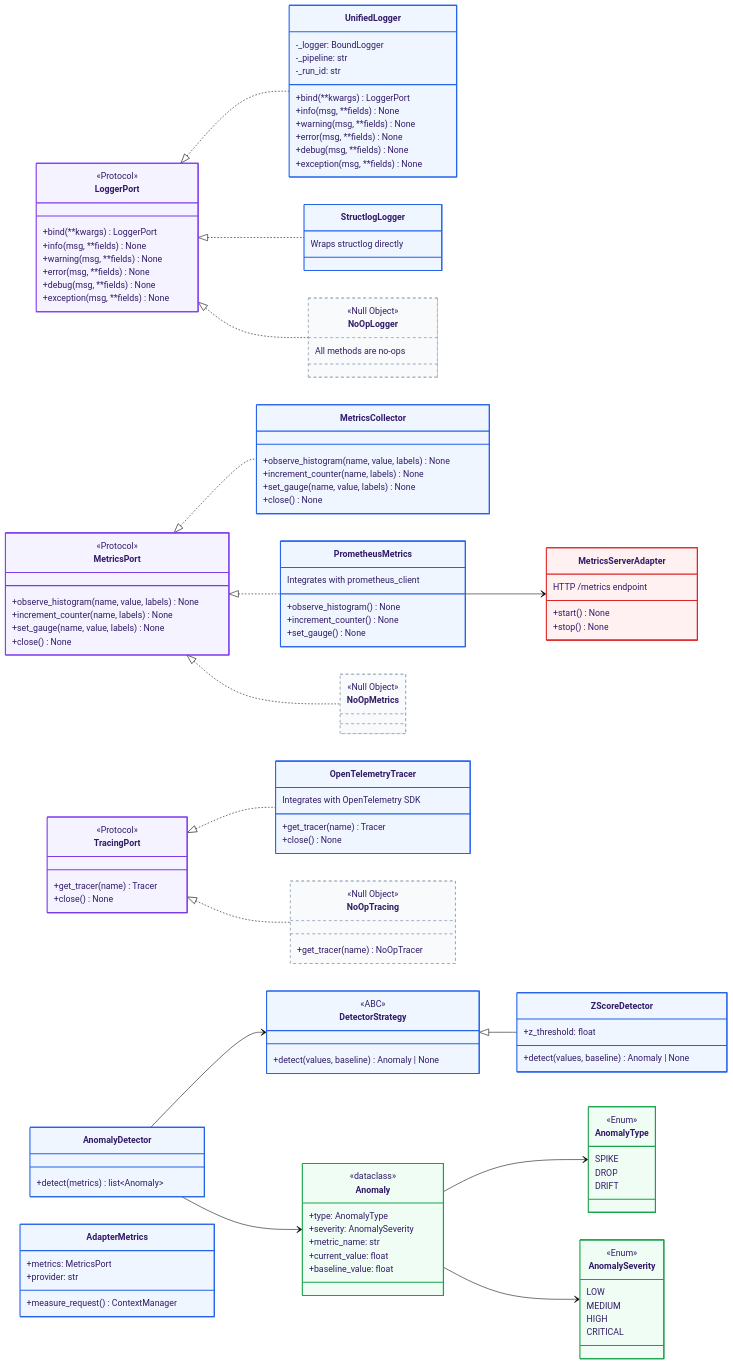
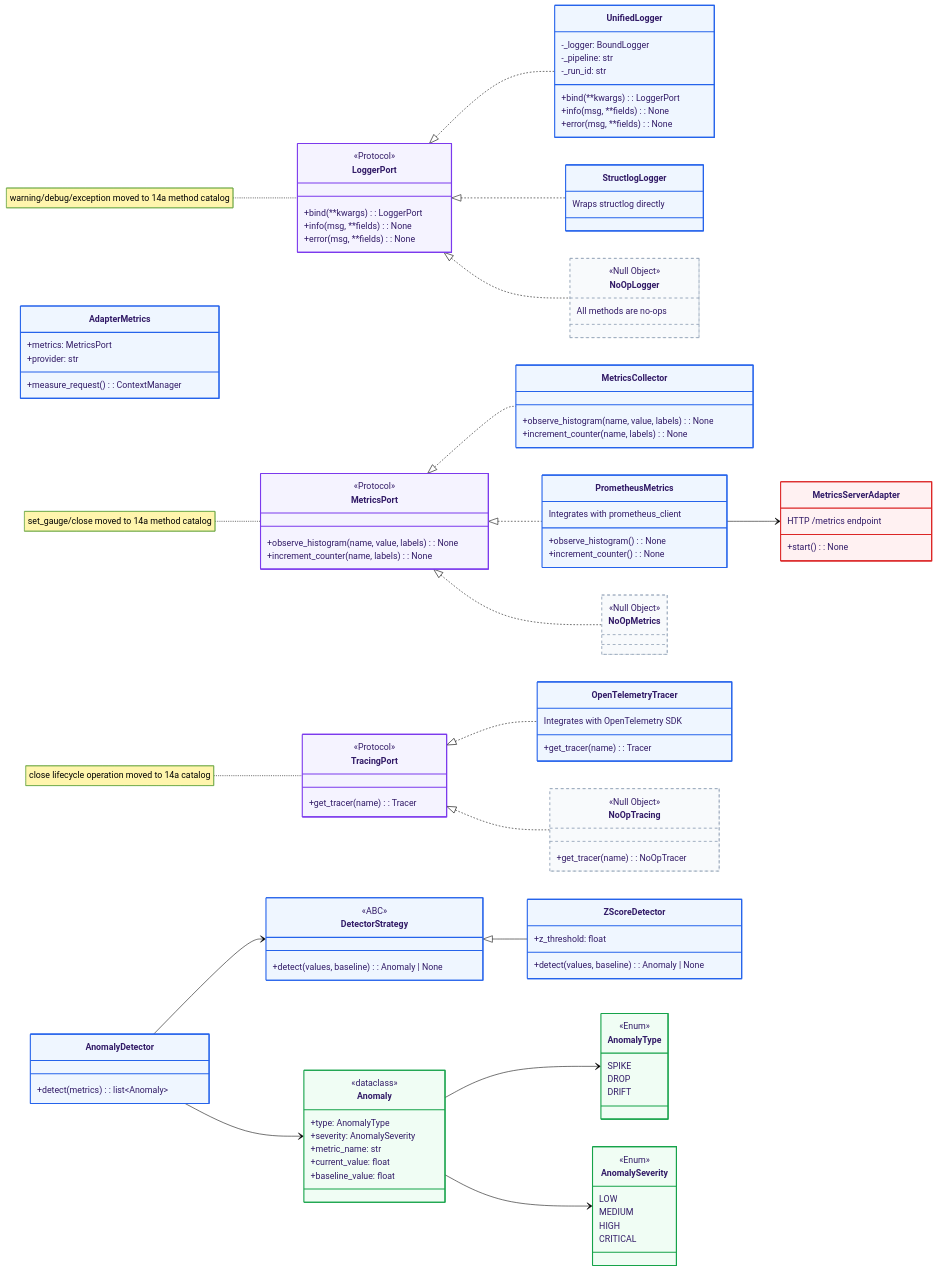
The diagram in docs/02-architecture/mmd-diagrams/class-diagrams/14-observability.mmd (SatoryKono/BioactivityDataAcquisition), drawn with Mermaid (forest theme) before and after one commit. The commit also changed 27 other files, not shown here.

```diff
--- a/docs/02-architecture/mmd-diagrams/class-diagrams/14-observability.mmd
+++ b/docs/02-architecture/mmd-diagrams/class-diagrams/14-observability.mmd
@@ -11,12 +11,9 @@
     direction LR
     class LoggerPort {
         <<Protocol>>
-        +bind(**kwargs) LoggerPort
-        +info(msg, **fields) None
-        +warning(msg, **fields) None
-        +error(msg, **fields) None
-        +debug(msg, **fields) None
-        +exception(msg, **fields) None
+        +bind(**kwargs): LoggerPort
+        +info(msg, **fields): None
+        +error(msg, **fields): None
         
         
     }
@@ -25,12 +22,9 @@
         -_logger: BoundLogger
         -_pipeline: str
         -_run_id: str
-        +bind(**kwargs) LoggerPort
-        +info(msg, **fields) None
-        +warning(msg, **fields) None
-        +error(msg, **fields) None
-        +debug(msg, **fields) None
-        +exception(msg, **fields) None
+        +bind(**kwargs): LoggerPort
+        +info(msg, **fields): None
+        +error(msg, **fields): None
     }
 
     class StructlogLogger {
@@ -59,10 +53,8 @@
 
     class MetricsPort {
         <<Protocol>>
-        +observe_histogram(name, value, labels) None
-        +increment_counter(name, labels) None
-        +set_gauge(name, value, labels) None
-        +close() None
+        +observe_histogram(name, value, labels): None
+        +increment_counter(name, labels): None
         
         
         
@@ -70,10 +62,8 @@
     }
 
     class MetricsCollector {
-        +observe_histogram(name, value, labels) None
-        +increment_counter(name, labels) None
-        +set_gauge(name, value, labels) None
-        +close() None
+        +observe_histogram(name, value, labels): None
+        +increment_counter(name, labels): None
         
         
         
@@ -83,9 +73,8 @@
 
     class PrometheusMetrics {
         Integrates with prometheus_client
-        +observe_histogram() None
-        +increment_counter() None
-        +set_gauge() None
+        +observe_histogram(): None
+        +increment_counter(): None
         
         
         
@@ -106,8 +95,7 @@
     }
 
     class MetricsServerAdapter {
-        +start() None
-        +stop() None
+        +start(): None
         HTTP /metrics endpoint
         
         
@@ -119,8 +107,7 @@
 
     class TracingPort {
         <<Protocol>>
-        +get_tracer(name) Tracer
-        +close() None
+        +get_tracer(name): Tracer
         
         
         
@@ -131,8 +118,7 @@
 
     class OpenTelemetryTracer {
         Integrates with OpenTelemetry SDK
-        +get_tracer(name) Tracer
-        +close() None
+        +get_tracer(name): Tracer
         
         
         
@@ -143,7 +129,7 @@
 
     class NoOpTracing {
         <<Null Object>>
-        +get_tracer(name) NoOpTracer
+        +get_tracer(name): NoOpTracer
         
         
         
@@ -154,7 +140,7 @@
     }
 
     class AnomalyDetector {
-        +detect(metrics) list~Anomaly~
+        +detect(metrics): list~Anomaly~
         
         
         
@@ -167,7 +153,7 @@
 
     class DetectorStrategy {
         <<ABC>>
-        +detect(values, baseline) Anomaly | None
+        +detect(values, baseline): Anomaly | None
         
         
         
@@ -179,7 +165,7 @@
 
     class ZScoreDetector {
         +z_threshold: float
-        +detect(values, baseline) Anomaly | None
+        +detect(values, baseline): Anomaly | None
         
         
         
@@ -228,7 +214,7 @@
     class AdapterMetrics {
         +metrics: MetricsPort
         +provider: str
-        +measure_request() ContextManager
+        +measure_request(): ContextManager
         
         
         
@@ -256,6 +242,10 @@
     Anomaly --> AnomalyType
     Anomaly --> AnomalySeverity
 
+    note for LoggerPort "warning/debug/exception moved to 14a method catalog"
+    note for MetricsPort "set_gauge/close moved to 14a method catalog"
+    note for TracingPort "close lifecycle operation moved to 14a catalog"
+
     style LoggerPort fill:#f5f3ff,stroke:#7c3aed,stroke-width:2px
     style MetricsPort fill:#f5f3ff,stroke:#7c3aed,stroke-width:2px
     style TracingPort fill:#f5f3ff,stroke:#7c3aed,stroke-width:2px
```
